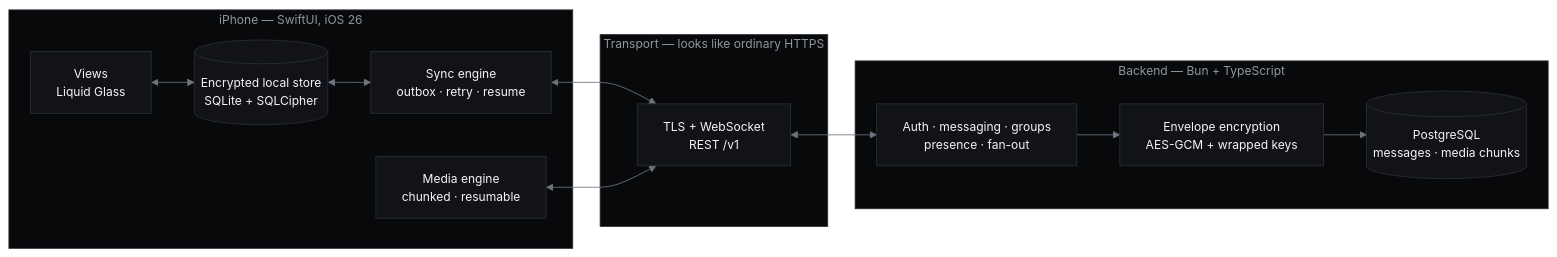
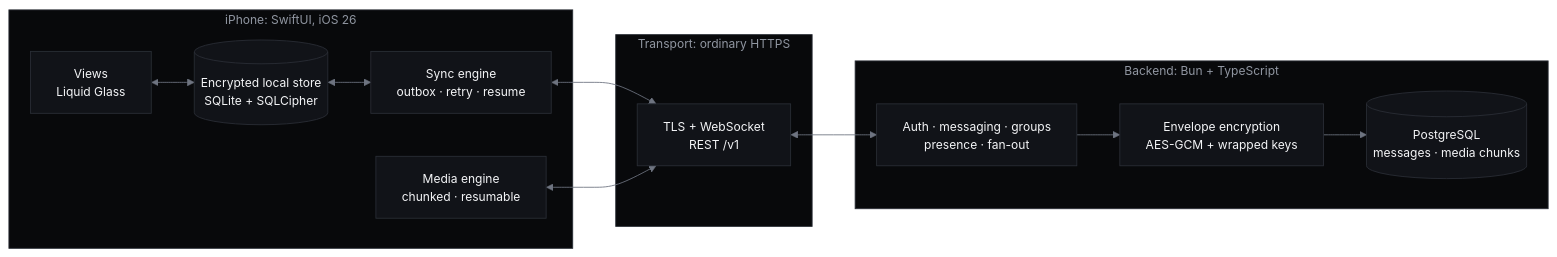
The first of 2 diagrams in README.md (mmarufov/Toj), drawn with Mermaid before and after one commit. The commit also changed other lines of this file and 7 other files, not shown here.

````diff
--- a/README.md
+++ b/README.md
@@ -76,37 +71,37 @@
 ```mermaid
 %%{init: {"theme":"base","themeVariables":{
   "primaryColor":"#111318","primaryTextColor":"#F4F5F7","primaryBorderColor":"#2A2E36",
   "lineColor":"#6E7480","textColor":"#F4F5F7","fontSize":"14px",
   "clusterBkg":"#08090B","clusterBorder":"#2A2E36"
 }}}%%
 flowchart LR
-    subgraph device["iPhone — SwiftUI, iOS 26"]
+    subgraph device["iPhone: SwiftUI, iOS 26"]
         UI["Views<br/>Liquid Glass"]
         Store[("Encrypted local store<br/>SQLite + SQLCipher")]
         Sync["Sync engine<br/>outbox · retry · resume"]
         Media["Media engine<br/>chunked · resumable"]
     end
 
-    subgraph edge["Transport — looks like ordinary HTTPS"]
+    subgraph edge["Transport: ordinary HTTPS"]
         WS["TLS + WebSocket<br/>REST /v1"]
     end
 
-    subgraph backend["Backend — Bun + TypeScript"]
+    subgraph backend["Backend: Bun + TypeScript"]
         API["Auth · messaging · groups<br/>presence · fan-out"]
         Env["Envelope encryption<br/>AES-GCM + wrapped keys"]
         DB[("PostgreSQL<br/>messages · media chunks")]
     end
 
     UI <--> Store
     Store <--> Sync
     Sync <--> WS
     Media <--> WS
     WS <--> API
     API --> Env --> DB
 
     classDef n fill:#111318,stroke:#2A2E36,color:#F4F5F7
     class UI,Store,Sync,Media,WS,API,Env,DB n
     style device fill:#08090B,stroke:#2A2E36,color:#9096A1
     style edge fill:#08090B,stroke:#2A2E36,color:#9096A1
     style backend fill:#08090B,stroke:#2A2E36,color:#9096A1
 ```
````
